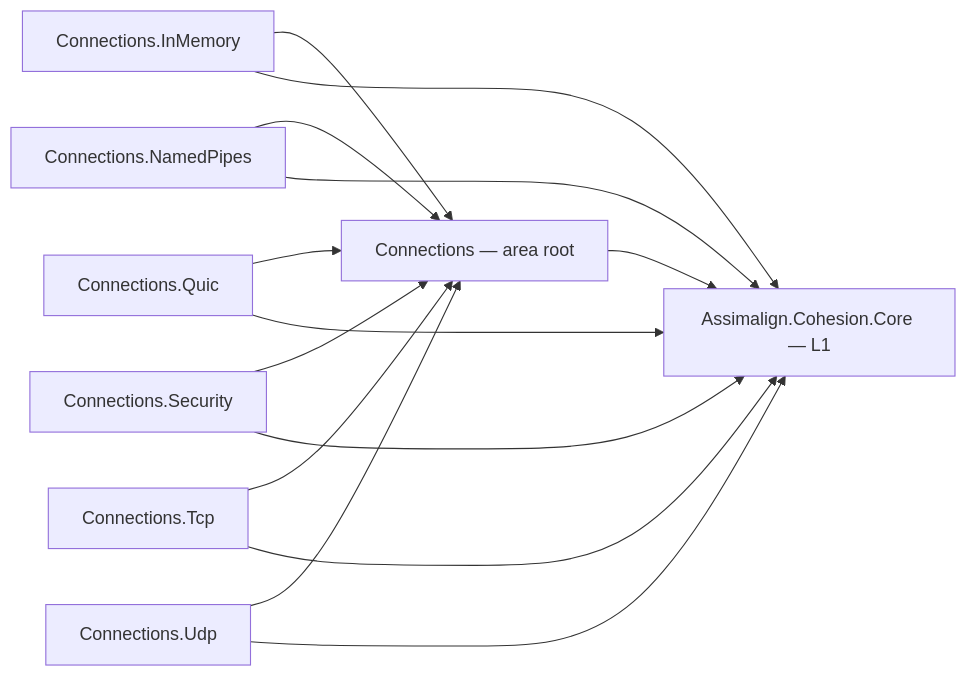
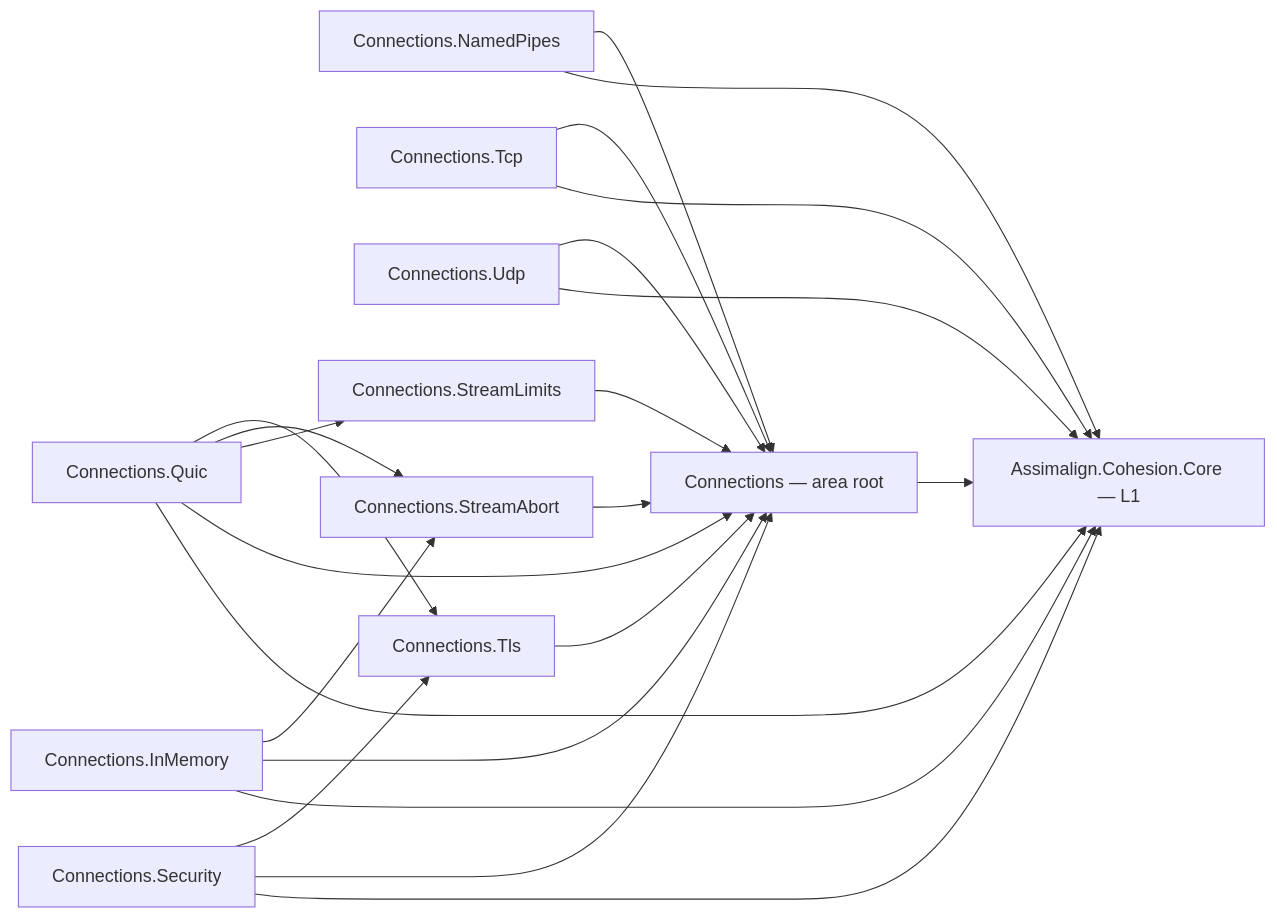
One commit to assimalign/cohesion changed the diagram in libraries/Connections/README.md. Above: the diagram before and after it, drawn with Mermaid. The commit also changed other lines of this file and 92 other files, not shown here.

````diff
--- a/libraries/Connections/README.md
+++ b/libraries/Connections/README.md
@@ -12,24 +12,35 @@
 ```mermaid
 flowchart LR
     P0["Connections — area root"]
     P1["Connections.InMemory"]
     P2["Connections.NamedPipes"]
     P3["Connections.Quic"]
     P4["Connections.Security"]
     P5["Connections.Tcp"]
     P6["Connections.Udp"]
+    TLS["Connections.Tls"]
+    ABORT["Connections.StreamAbort"]
+    LIMITS["Connections.StreamLimits"]
     CORE["Assimalign.Cohesion.Core — L1"]
+    TLS --> P0
+    ABORT --> P0
+    LIMITS --> P0
+    P1 --> ABORT
+    P3 --> TLS
+    P3 --> ABORT
+    P3 --> LIMITS
+    P4 --> TLS
     P0 --> CORE
     P1 --> P0
     P1 --> CORE
     P2 --> P0
     P2 --> CORE
     P3 --> P0
     P3 --> CORE
     P4 --> P0
     P4 --> CORE
     P5 --> P0
     P5 --> CORE
     P6 --> P0
     P6 --> CORE
 ```
````
